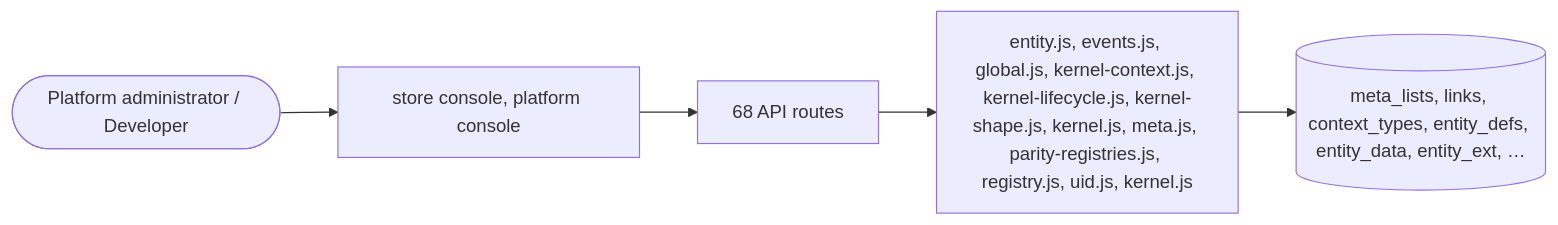
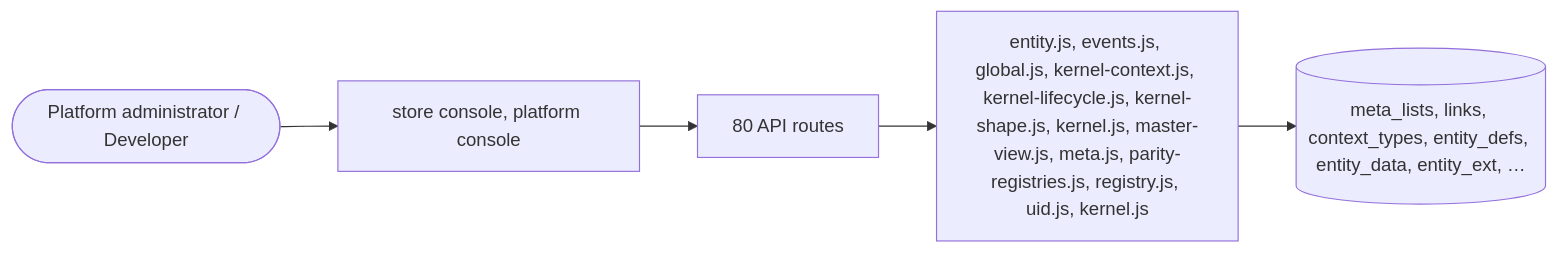
Before and after one commit to echelonxventures-Projects/universal-product: the diagram in docs/domains/kernel.md, drawn with Mermaid. The commit also changed other lines of this file and 29 other files, not shown here.

First line of the commit message:
feat(master): currency on the kernel; one surface for the master's five parts; records any platform keeps

````diff
--- a/docs/domains/kernel.md
+++ b/docs/domains/kernel.md
@@ -434,8 +447,8 @@
 ```mermaid
 flowchart LR
   U([Platform administrator / Developer]) --> UI[store console, platform console]
-  UI --> API[68 API routes]
-  API --> ENG[entity.js, events.js, global.js, kernel-context.js, kernel-lifecycle.js, kernel-shape.js, kernel.js, meta.js, parity-registries.js, registry.js, uid.js, kernel.js]
+  UI --> API[80 API routes]
+  API --> ENG[entity.js, events.js, global.js, kernel-context.js, kernel-lifecycle.js, kernel-shape.js, kernel.js, master-view.js, meta.js, parity-registries.js, registry.js, uid.js, kernel.js]
   ENG --> DB[(meta_lists, links, context_types, entity_defs, entity_data, entity_ext, …)]
 
 ```
````
